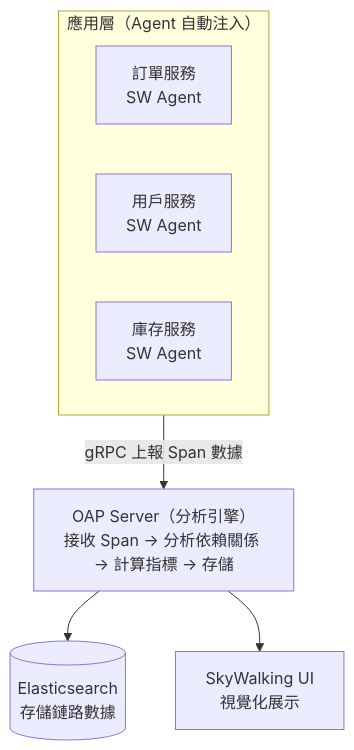
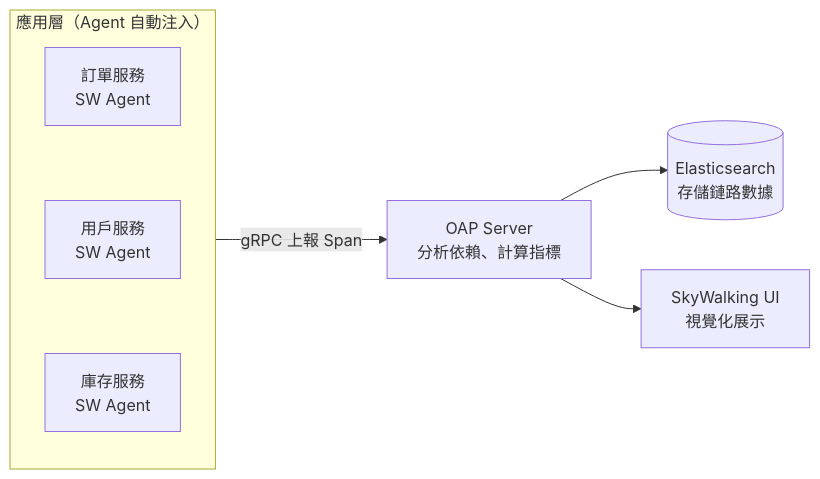
Before and after one commit to AnthonyFuFu/StudyNotes: the second of 3 diagrams in docs/engineering/monitoring/tracing.md, drawn with Mermaid. The commit also changed other lines of this file and 43 other files, not shown here.

````diff
--- a/docs/engineering/monitoring/tracing.md
+++ b/docs/engineering/monitoring/tracing.md
@@ -21,13 +21,10 @@
 ``` mermaid
-flowchart TB
+flowchart LR
     subgraph APPS ["應用層（Agent 自動注入）"]
-        direction LR
-        A1["訂單服務<br>SW Agent"]
-        A2["用戶服務<br>SW Agent"]
-        A3["庫存服務<br>SW Agent"]
+        direction TB
+        A1["訂單服務<br>SW Agent"] ~~~ A2["用戶服務<br>SW Agent"] ~~~ A3["庫存服務<br>SW Agent"]
     end
-    OAP["OAP Server（分析引擎）<br>接收 Span → 分析依賴關係 → 計算指標 → 存儲"]
-    APPS -- "gRPC 上報 Span 數據" --> OAP
+    APPS -- "gRPC 上報 Span" --> OAP["OAP Server<br>分析依賴、計算指標"]
     OAP --> ES[("Elasticsearch<br>存儲鏈路數據")]
     OAP --> UI["SkyWalking UI<br>視覺化展示"]
 ```
````
